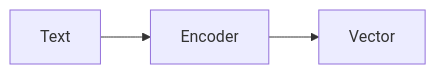
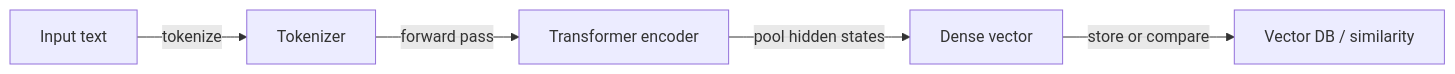
The first of 2 diagrams in docs/rag/embeddings.md (EmersonBraun/ai-summary-hub), drawn with Mermaid before and after one commit. The commit also changed other lines of this file and 77 other files, not shown here.

````diff
--- a/docs/rag/embeddings.md
+++ b/docs/rag/embeddings.md
@@ -19,5 +23,7 @@
 ```mermaid
 flowchart LR
-  Text[Text] --> Encoder[Encoder]
-  Encoder --> Vector[Vector]
+  Text[Input text] -->|tokenize| Tokenizer[Tokenizer]
+  Tokenizer -->|forward pass| Encoder[Transformer encoder]
+  Encoder -->|pool hidden states| Vector[Dense vector]
+  Vector -->|store or compare| Output[Vector DB / similarity]
 ```
````
